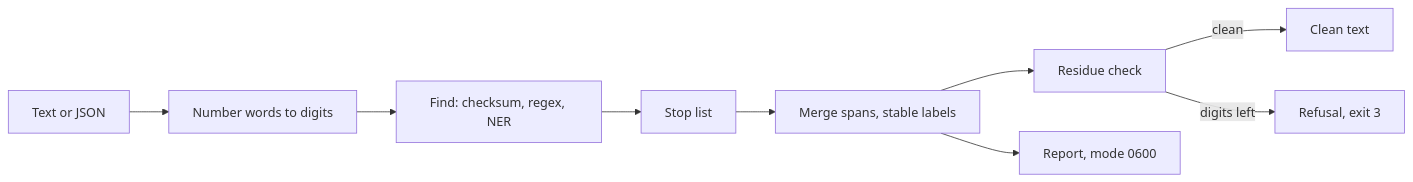
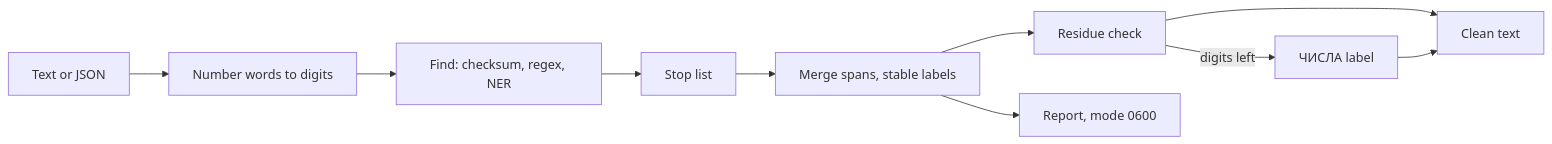
One commit to daniil4545/pii-scrub changed the diagram in README.md. Above: the diagram before and after it, drawn with Mermaid. The commit also changed other lines of this file and 15 other files, not shown here.

````diff
--- a/README.md
+++ b/README.md
@@ -87,11 +90,12 @@
 ```mermaid
 flowchart LR
   text["Text or JSON"] --> norm["Number words to digits"]
   norm --> find["Find: checksum, regex, NER"]
   find --> stop["Stop list"]
   stop --> merge["Merge spans, stable labels"]
   merge --> check["Residue check"]
-  check -->|"clean"| out["Clean text"]
-  check -->|"digits left"| fail["Refusal, exit 3"]
+  check -->|"digits left"| mask["ЧИСЛА label"]
+  check --> out["Clean text"]
+  mask --> out
   merge --> rep["Report, mode 0600"]
 ```
````
